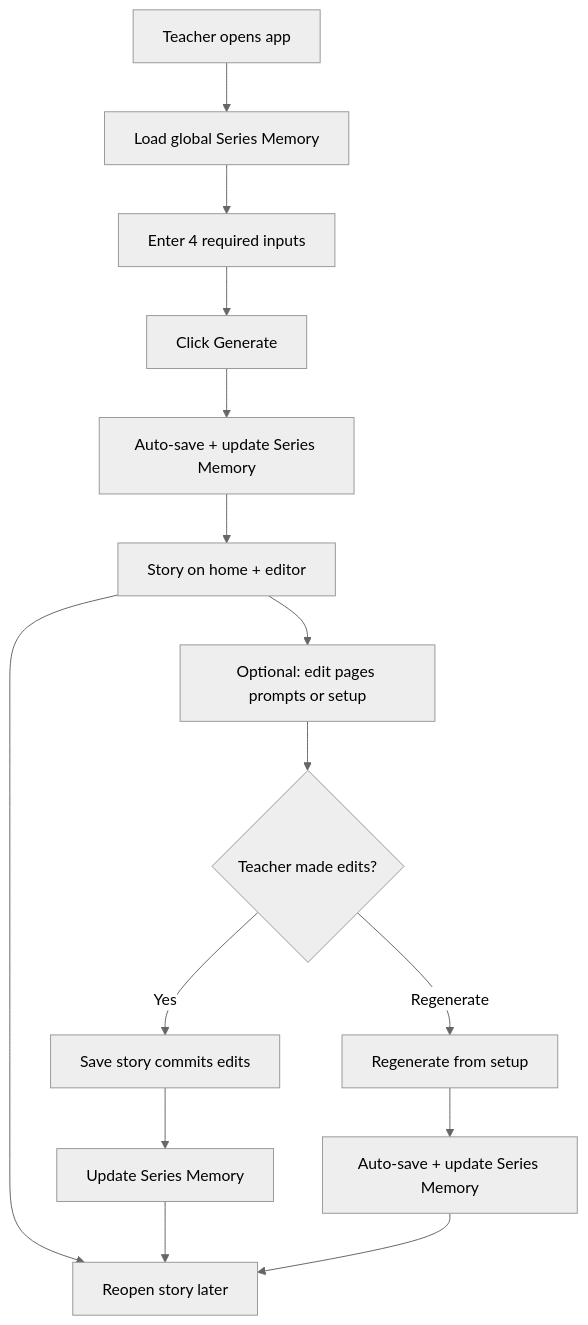
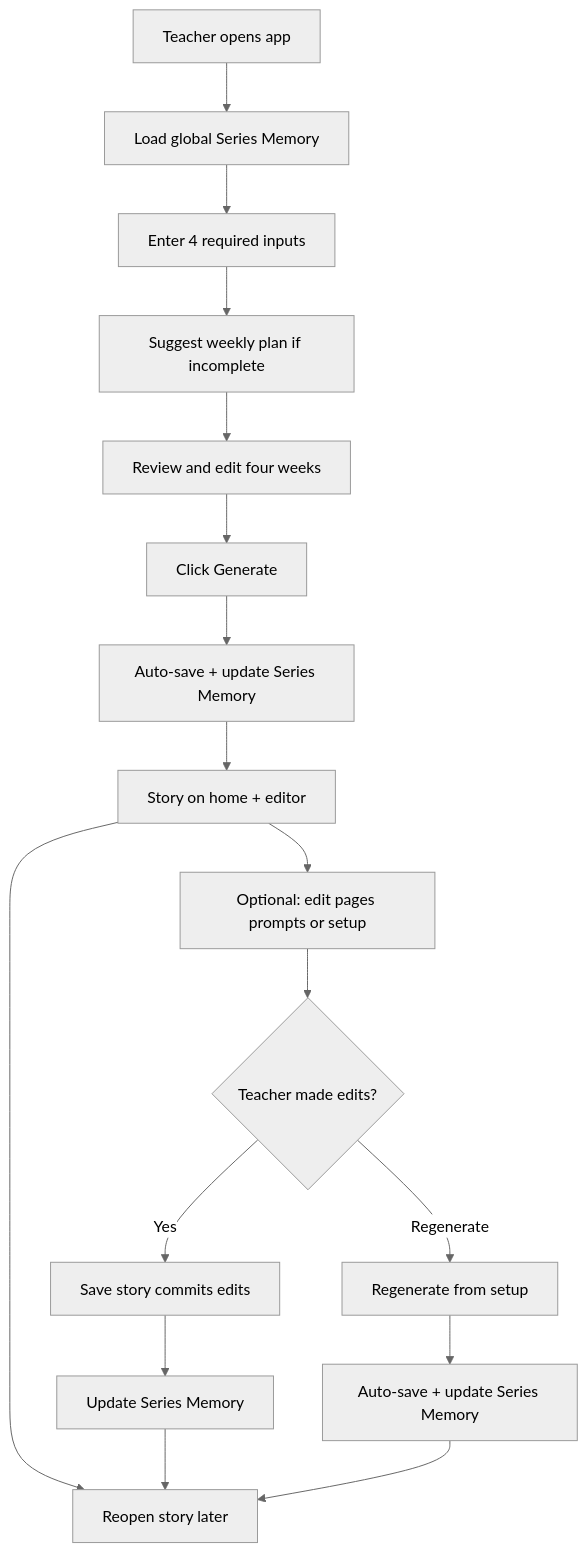
The first of 3 diagrams in docs/phase-b-architecture-map.md (kisdreamteam/storygenv203), drawn with Mermaid (neutral theme) before and after one commit. The commit also changed other lines of this file and 37 other files, not shown here.

First line of the commit message:
Add topic-first weekly planning with AI suggest step before generation.

````diff
--- a/docs/phase-b-architecture-map.md
+++ b/docs/phase-b-architecture-map.md
@@ -73,17 +73,19 @@
 ```mermaid
 flowchart TD
     openApp[Teacher opens app] --> loadMemory[Load global Series Memory]
     loadMemory --> enterInputs[Enter 4 required inputs]
-    enterInputs --> generate[Click Generate]
+    enterInputs --> suggestPlan[Suggest weekly plan if incomplete]
+    suggestPlan --> reviewPlan[Review and edit four weeks]
+    reviewPlan --> generate[Click Generate]
     generate --> autoSave1[Auto-save + update Series Memory]
     autoSave1 --> receiveOutput[Story on home + editor]
     receiveOutput --> optionalEdit[Optional: edit pages prompts or setup]
     optionalEdit --> hasEdits{Teacher made edits?}
     hasEdits -->|Yes| saveStory[Save story commits edits]
     saveStory --> updateMemory[Update Series Memory]
     hasEdits -->|Regenerate| regen[Regenerate from setup]
     regen --> autoSave2[Auto-save + update Series Memory]
     receiveOutput --> reopenLater[Reopen story later]
     updateMemory --> reopenLater
     autoSave2 --> reopenLater
 ```
````
